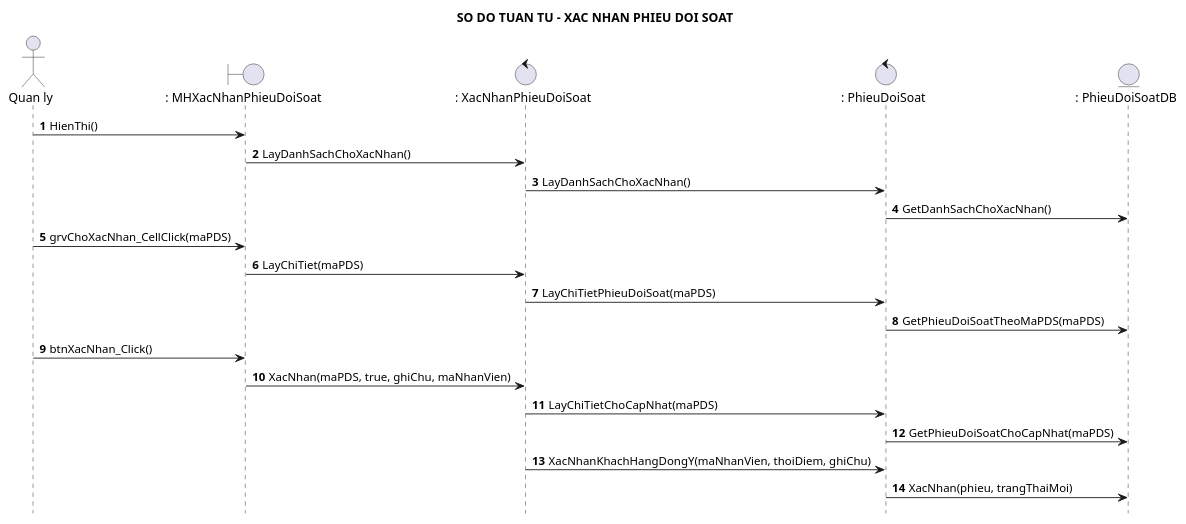
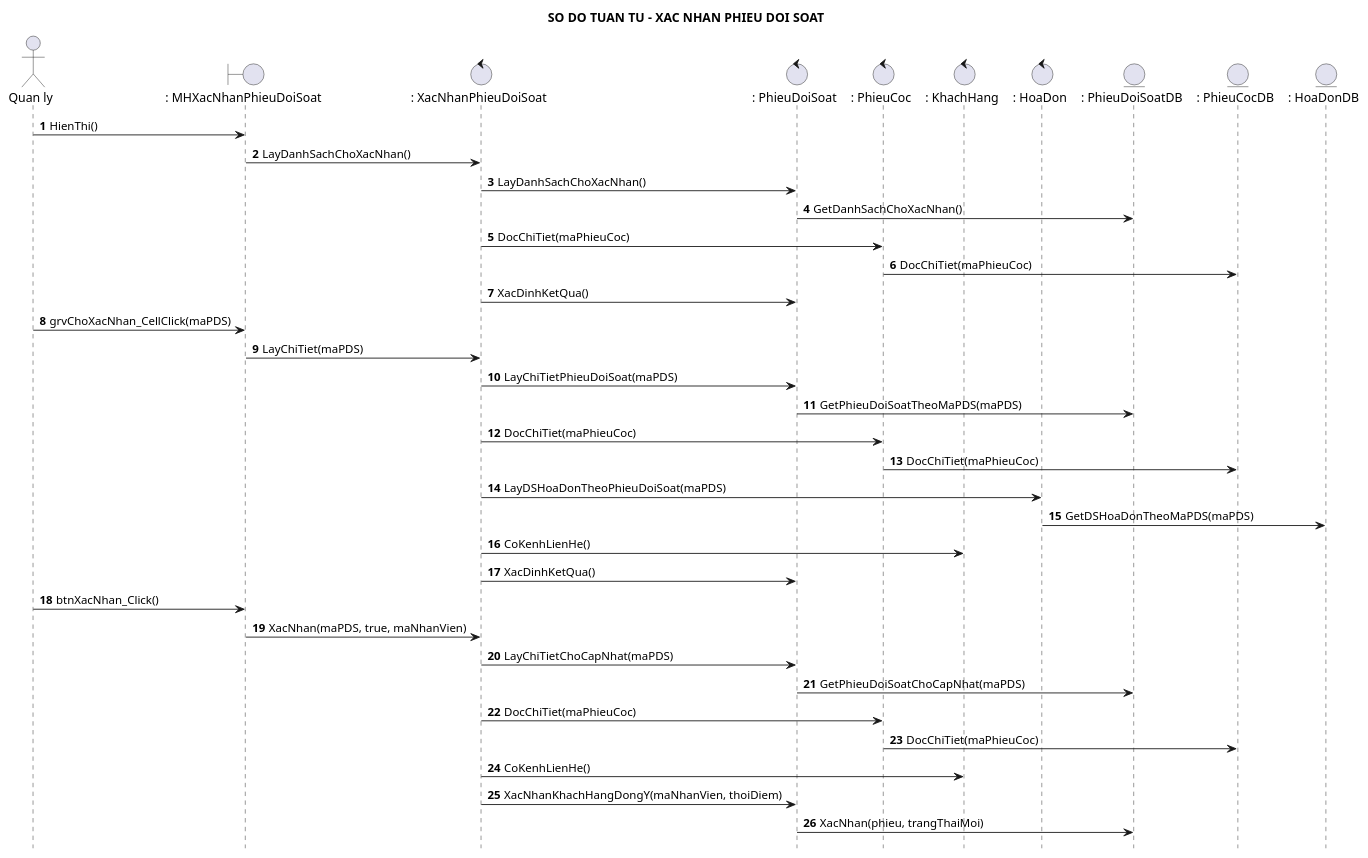
The diagram in docs/uml/xac-nhan-phieu-doi-soat-sequence.puml (Ming1309/HomeStay-Dorm), drawn with PlantUML before and after one commit. The commit also changed 12 other files, not shown here.

```diff
--- a/docs/uml/xac-nhan-phieu-doi-soat-sequence.puml
+++ b/docs/uml/xac-nhan-phieu-doi-soat-sequence.puml
@@ -1,25 +1,45 @@
 @startuml
 title SO DO TUAN TU - XAC NHAN PHIEU DOI SOAT
 hide footbox
 autonumber 1 1
 skinparam shadowing false
 actor "Quan ly" as QL
 boundary ": MHXacNhanPhieuDoiSoat" as MH
 control ": XacNhanPhieuDoiSoat" as XN
 control ": PhieuDoiSoat" as PDS
+control ": PhieuCoc" as PC
+control ": KhachHang" as KH
+control ": HoaDon" as HDON
 entity ": PhieuDoiSoatDB" as PDSDB
+entity ": PhieuCocDB" as PCDB
+entity ": HoaDonDB" as HDONDB
+
 QL -> MH : HienThi()
 MH -> XN : LayDanhSachChoXacNhan()
 XN -> PDS : LayDanhSachChoXacNhan()
 PDS -> PDSDB : GetDanhSachChoXacNhan()
+XN -> PC : DocChiTiet(maPhieuCoc)
+PC -> PCDB : DocChiTiet(maPhieuCoc)
+XN -> PDS : XacDinhKetQua()
+
 QL -> MH : grvChoXacNhan_CellClick(maPDS)
 MH -> XN : LayChiTiet(maPDS)
 XN -> PDS : LayChiTietPhieuDoiSoat(maPDS)
 PDS -> PDSDB : GetPhieuDoiSoatTheoMaPDS(maPDS)
+XN -> PC : DocChiTiet(maPhieuCoc)
+PC -> PCDB : DocChiTiet(maPhieuCoc)
+XN -> HDON : LayDSHoaDonTheoPhieuDoiSoat(maPDS)
+HDON -> HDONDB : GetDSHoaDonTheoMaPDS(maPDS)
+XN -> KH : CoKenhLienHe()
+XN -> PDS : XacDinhKetQua()
+
 QL -> MH : btnXacNhan_Click()
-MH -> XN : XacNhan(maPDS, true, ghiChu, maNhanVien)
+MH -> XN : XacNhan(maPDS, true, maNhanVien)
 XN -> PDS : LayChiTietChoCapNhat(maPDS)
 PDS -> PDSDB : GetPhieuDoiSoatChoCapNhat(maPDS)
-XN -> PDS : XacNhanKhachHangDongY(maNhanVien, thoiDiem, ghiChu)
+XN -> PC : DocChiTiet(maPhieuCoc)
+PC -> PCDB : DocChiTiet(maPhieuCoc)
+XN -> KH : CoKenhLienHe()
+XN -> PDS : XacNhanKhachHangDongY(maNhanVien, thoiDiem)
 PDS -> PDSDB : XacNhan(phieu, trangThaiMoi)
 @enduml
```
